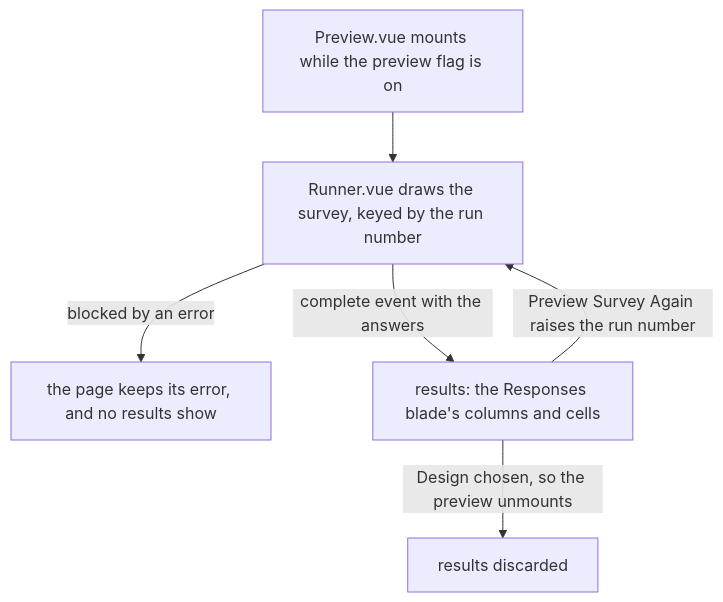
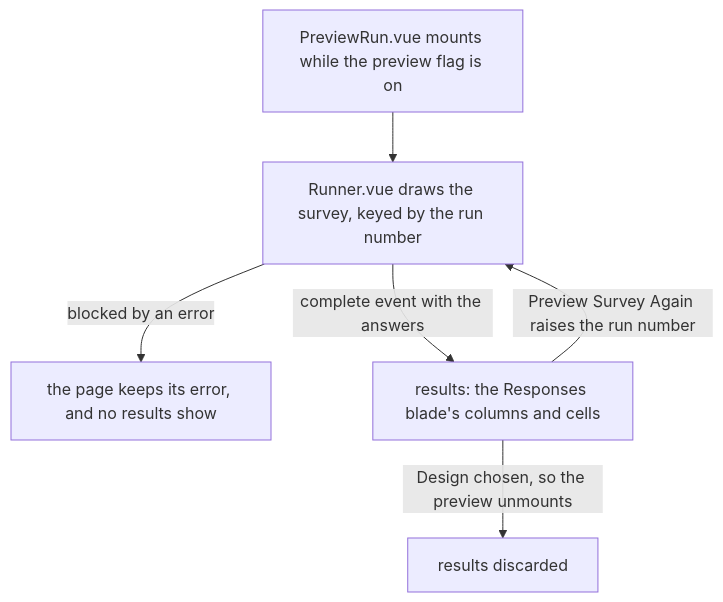
Before and after one commit to Esposter/Esposter: the diagram in openspec/changes/resource-survey-preview-completion/design.md, drawn with Mermaid. The commit also changed other lines of this file and 40 other files, not shown here.

````diff
--- a/openspec/changes/resource-survey-preview-completion/design.md
+++ b/openspec/changes/resource-survey-preview-completion/design.md
@@ -33,8 +33,8 @@
 ```mermaid
 flowchart TD
-  PREVIEW["Preview.vue mounts while the preview flag is on"] --> RUN["Runner.vue draws the survey, keyed by the run number"]
+  PREVIEW["PreviewRun.vue mounts while the preview flag is on"] --> RUN["Runner.vue draws the survey, keyed by the run number"]
   RUN -->|"blocked by an error"| ERROR["the page keeps its error, and no results show"]
   RUN -->|"complete event with the answers"| RESULTS["results: the Responses blade's columns and cells"]
   RESULTS -->|"Preview Survey Again raises the run number"| RUN
   RESULTS -->|"Design chosen, so the preview unmounts"| GONE["results discarded"]
 ```
````
